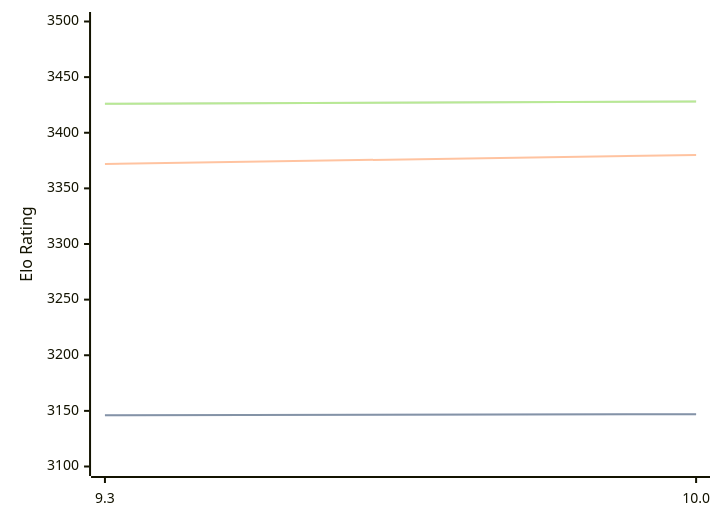
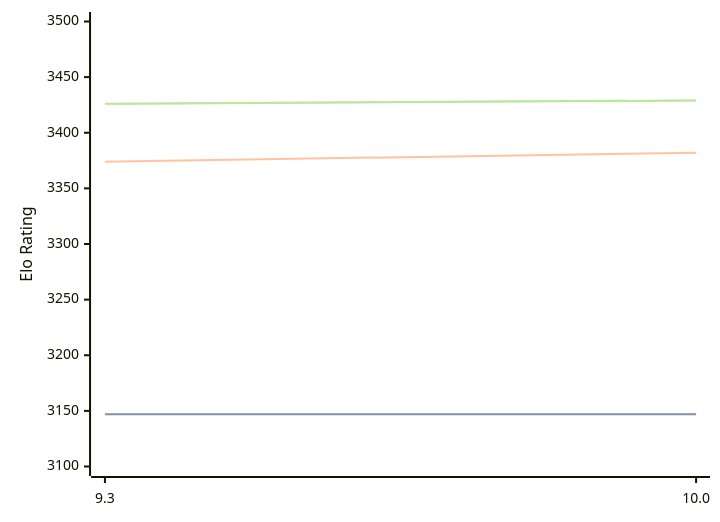
One commit to computer-chess-index/cci changed the diagram in engines/Fire.md. Above: the diagram before and after it, drawn with Mermaid. The commit also changed other lines of this file, not shown here.

Commit message:
Update CCI Ratings (ELO VLTC) - 2026-08-27

````diff
--- a/engines/Fire.md
+++ b/engines/Fire.md
@@ -32,11 +32,11 @@
 ```mermaid
 %%{init: {"theme":"base","themeVariables":{"seriesColors:['#a3a3a3','#222221','#faa371']}}}%%
 xychart-beta
   x-axis ["9.3", "10.0"]
   y-axis "Elo Rating" 3100 --> 3500
-  line "STC (8.0+0.08s)" [3146, 3147]
-  line "STC (8.0+0.08s)" [3146, 3147]
-  line "LTC (60.0+0.60s)" [3372, 3380]
-  line "VLTC (2m24s+1.12s)" [3426, 3428]
-  line "VLTC (2m24s+1.12s)" [3426, 3428]
+  line "STC (8.0+0.08s)" [3147, 3147]
+  line "STC (8.0+0.08s)" [3147, 3147]
+  line "LTC (60.0+0.60s)" [3374, 3382]
+  line "VLTC (2m24s+1.12s)" [3426, 3429]
+  line "VLTC (2m24s+1.12s)" [3426, 3429]
 ```
````
